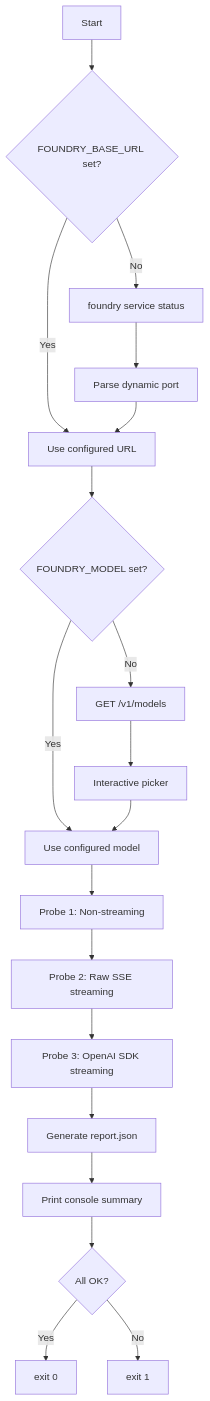
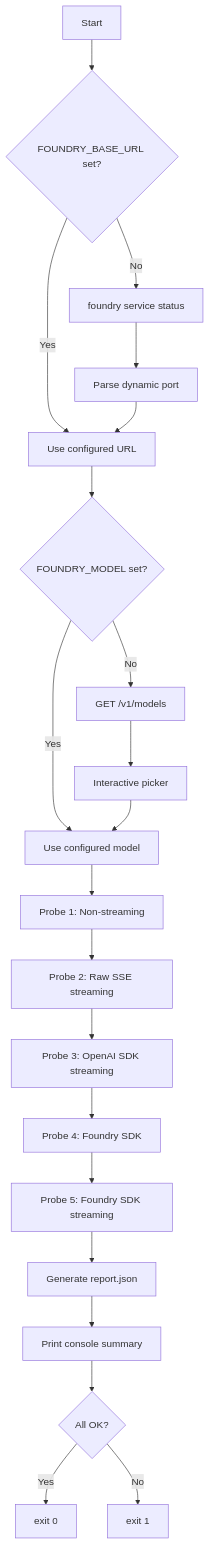
Before and after one commit to leestott/streaming_demo_foundrylocal: the first of 3 diagrams in README.md, drawn with Mermaid. The commit also changed other lines of this file and 11 other files, not shown here.

````diff
--- a/README.md
+++ b/README.md
@@ -426,21 +453,23 @@
 ```mermaid
 flowchart TD
     A[Start] --> SD{FOUNDRY_BASE_URL set?}
     SD -->|Yes| D2[Use configured URL]
     SD -->|No| SD1[foundry service status]
     SD1 --> SD2[Parse dynamic port]
     SD2 --> D2
     D2 --> B{FOUNDRY_MODEL set?}
     B -->|Yes| D[Use configured model]
     B -->|No| C[GET /v1/models]
     C --> C1[Interactive picker]
     C1 --> D
     D --> P1[Probe 1: Non-streaming]
     P1 --> P2[Probe 2: Raw SSE streaming]
     P2 --> P3[Probe 3: OpenAI SDK streaming]
-    P3 --> R[Generate report.json]
+    P3 --> P4[Probe 4: Foundry SDK]
+    P4 --> P5[Probe 5: Foundry SDK streaming]
+    P5 --> R[Generate report.json]
     R --> S[Print console summary]
     S --> E{All OK?}
     E -->|Yes| E1[exit 0]
     E -->|No| E2[exit 1]
 ```
````
